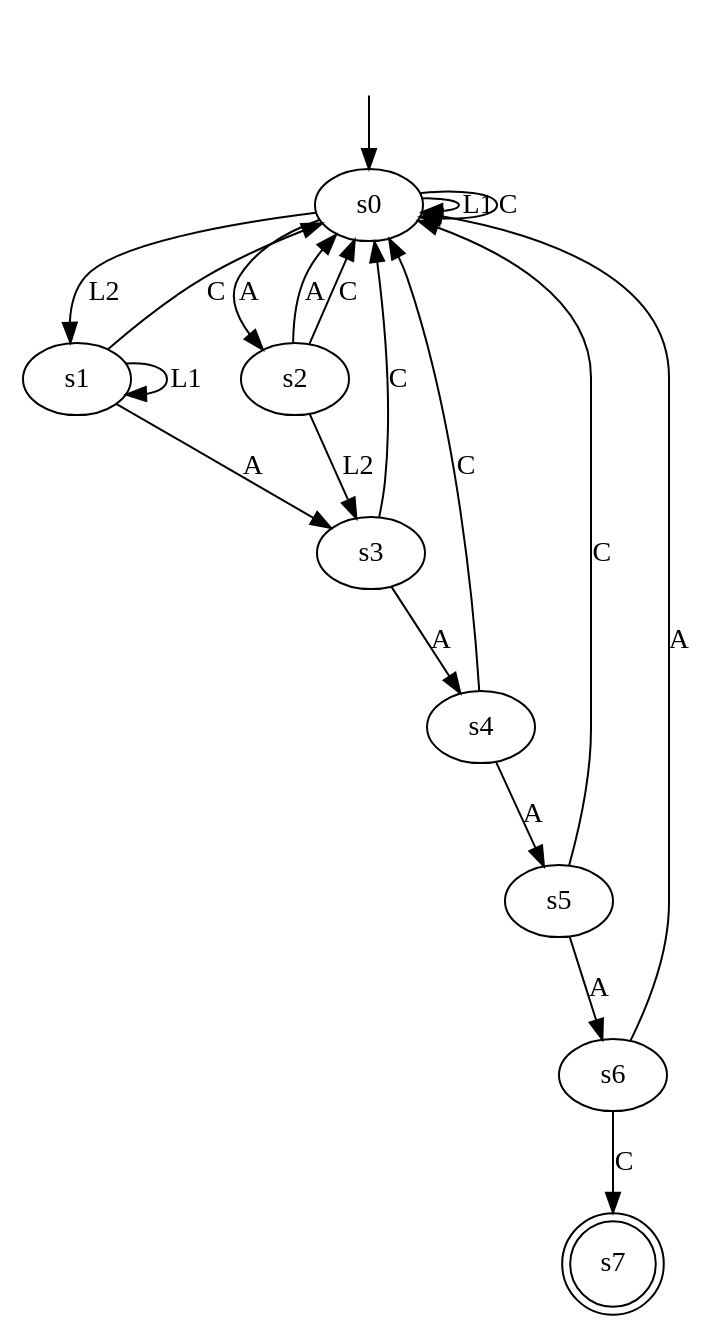
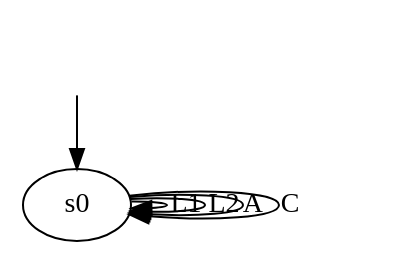
Before and after one commit to tomyaacov/lstar_dont_care: the diagram in output/magento_result_b_0.2.dot, drawn with Graphviz. The commit also changed 64 other files, not shown here.

```diff
--- a/output/magento_result_b_0.2.dot
+++ b/output/magento_result_b_0.2.dot
@@ -1,30 +1,9 @@
 digraph "output/magento_result_b_0.2" {
 s0 [label=s0];
-s1 [label=s1];
-s2 [label=s2];
-s3 [label=s3];
-s4 [label=s4];
-s5 [label=s5];
-s6 [label=s6];
-s7 [label=s7, shape=doublecircle];
 s0 -> s0  [label=L1];
-s0 -> s1  [label=L2];
-s0 -> s2  [label=A];
+s0 -> s0  [label=L2];
+s0 -> s0  [label=A];
 s0 -> s0  [label=C];
-s1 -> s1  [label=L1];
-s1 -> s3  [label=A];
-s1 -> s0  [label=C];
-s2 -> s3  [label=L2];
-s2 -> s0  [label=A];
-s2 -> s0  [label=C];
-s3 -> s4  [label=A];
-s3 -> s0  [label=C];
-s4 -> s5  [label=A];
-s4 -> s0  [label=C];
-s5 -> s6  [label=A];
-s5 -> s0  [label=C];
-s6 -> s0  [label=A];
-s6 -> s7  [label=C];
 __start0 [label="", shape=none];
 __start0 -> s0  [label=""];
 }
```
